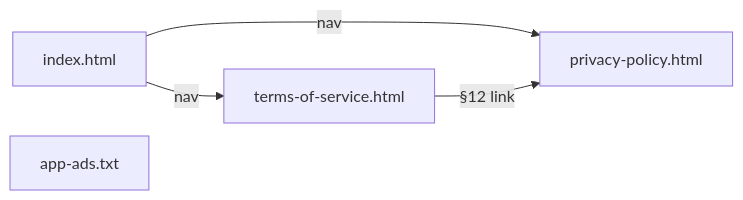
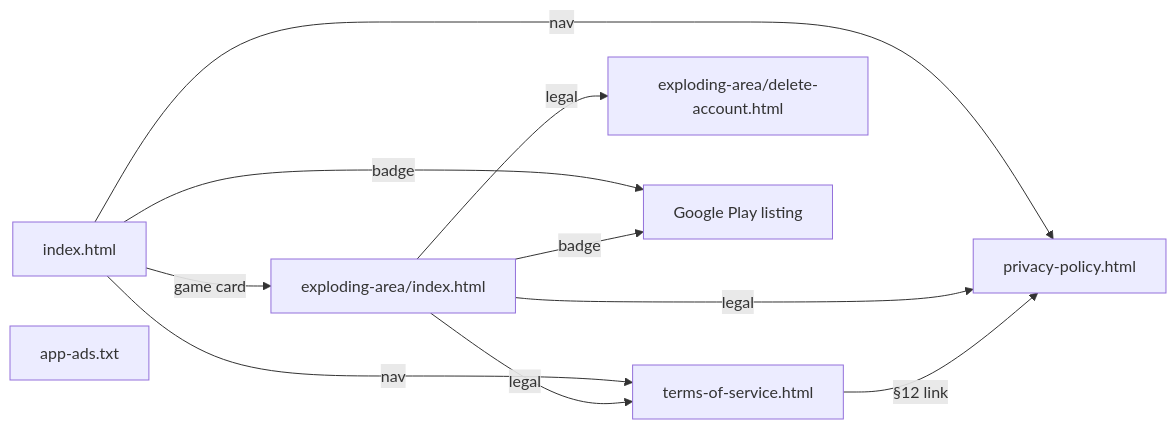
Before and after one commit to D3K2-Studio/d3k2-studio.github.io: the second of 3 diagrams in docs/ARCHITECTURE.md, drawn with Mermaid. The commit also changed other lines of this file and 17 other files, not shown here.

First line of the commit message:
feat: Exploding Arena Google Play release + site brand rename (#13)

````diff
--- a/docs/ARCHITECTURE.md
+++ b/docs/ARCHITECTURE.md
@@ -31,11 +31,20 @@
 ```mermaid
 flowchart LR
   Home[index.html]
+  Game[exploding-area/index.html]
   PP[privacy-policy.html]
   ToS[terms-of-service.html]
+  Delete[exploding-area/delete-account.html]
   AppAds[app-ads.txt]
+  Play[Google Play listing]
 
   Home -->|nav| PP
   Home -->|nav| ToS
+  Home -->|game card| Game
+  Home -->|badge| Play
+  Game -->|badge| Play
+  Game -->|legal| Delete
+  Game -->|legal| PP
+  Game -->|legal| ToS
   ToS -->|"§12 link"| PP
 ```
````
